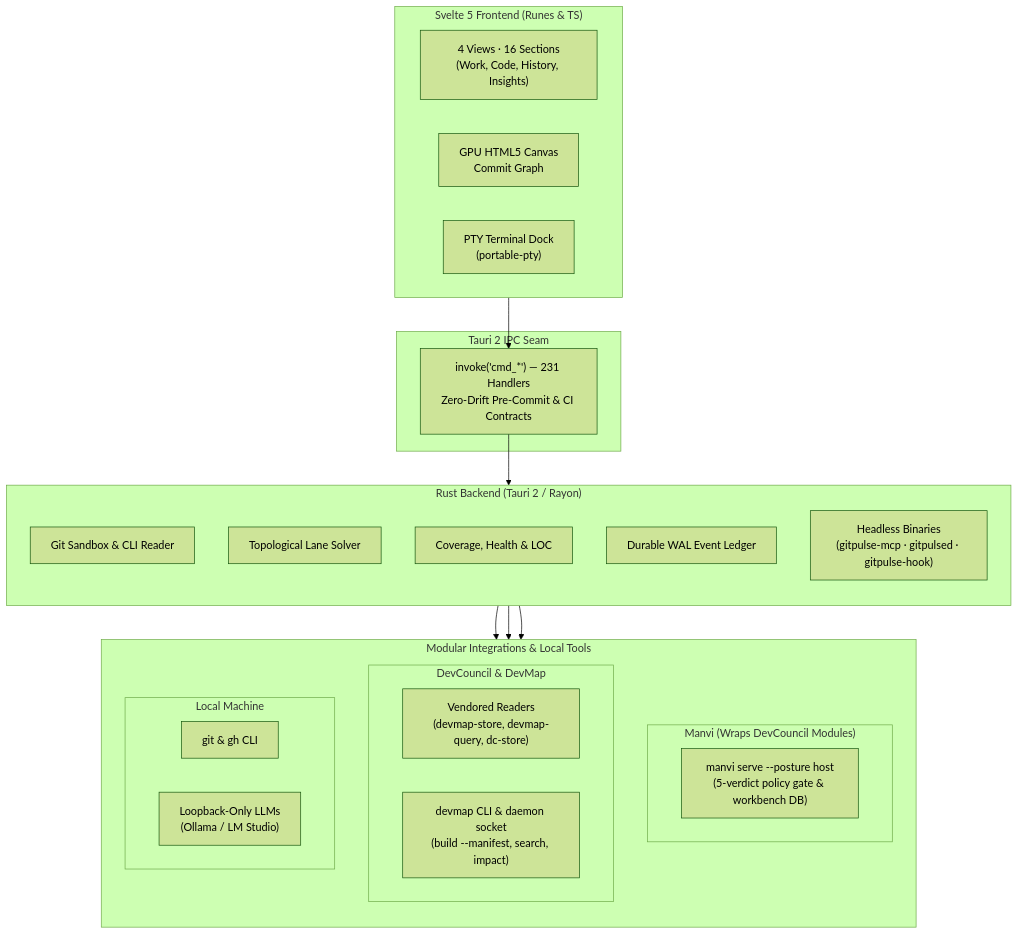
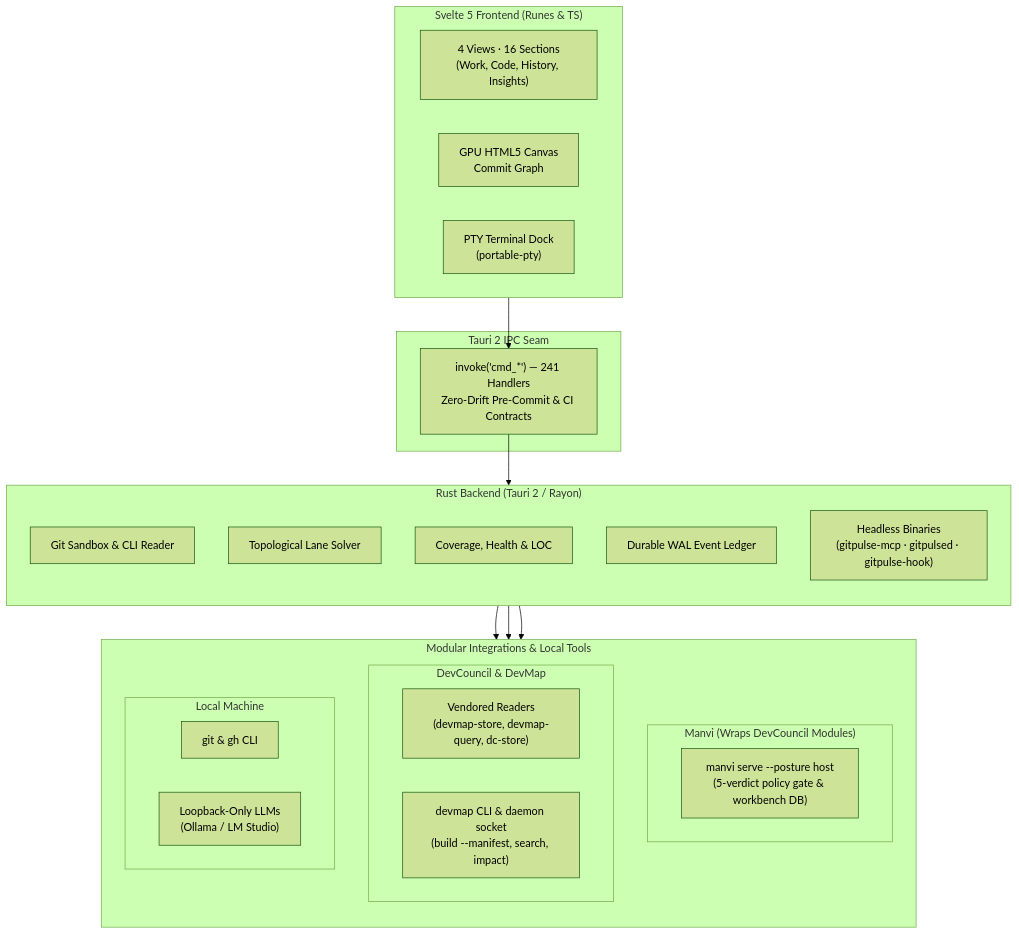
One commit to bharathvbcr/GitPulse changed the diagram in README.md. Above: the diagram before and after it, drawn with Mermaid (forest theme). The commit also changed 75 other files, not shown here.

````diff
--- a/README.md
+++ b/README.md
@@ -106,43 +106,43 @@
 ```mermaid
 flowchart TB
     subgraph Frontend["Svelte 5 Frontend (Runes & TS)"]
         direction LR
         Views["4 Views · 16 Sections<br/>(Work, Code, History, Insights)"]
         Canvas["GPU HTML5 Canvas<br/>Commit Graph"]
         TerminalDock["PTY Terminal Dock<br/>(portable-pty)"]
     end
 
     subgraph IPC["Tauri 2 IPC Seam"]
-        Bridge["invoke('cmd_*') — 231 Handlers<br/>Zero-Drift Pre-Commit & CI Contracts"]
+        Bridge["invoke('cmd_*') — 241 Handlers<br/>Zero-Drift Pre-Commit & CI Contracts"]
     end
 
     subgraph Backend["Rust Backend (Tauri 2 / Rayon)"]
         direction TB
         GitEngine["Git Sandbox & CLI Reader"]
         LaneSolver["Topological Lane Solver"]
         Analyzers["Coverage, Health & LOC"]
         Ledger["Durable WAL Event Ledger"]
         Headless["Headless Binaries<br/>(gitpulse-mcp · gitpulsed · gitpulse-hook)"]
     end
 
     subgraph Integrations["Modular Integrations & Local Tools"]
         direction TB
         subgraph ManviWrap["Manvi (Wraps DevCouncil Modules)"]
             ManviSidecar["manvi serve --posture host<br/>(5-verdict policy gate & workbench DB)"]
         end
         subgraph DevCouncilMods["DevCouncil & DevMap"]
             Vendored["Vendored Readers<br/>(devmap-store, devmap-query, dc-store)"]
             DevMapCLI["devmap CLI & daemon socket<br/>(build --manifest, search, impact)"]
         end
         subgraph LocalTools["Local Machine"]
             CLI["git & gh CLI"]
             LocalLLM["Loopback-Only LLMs<br/>(Ollama / LM Studio)"]
         end
     end
 
     Frontend --> Bridge
     Bridge --> Backend
     Backend --> ManviWrap
     Backend --> DevCouncilMods
     Backend --> LocalTools
 ```
````
